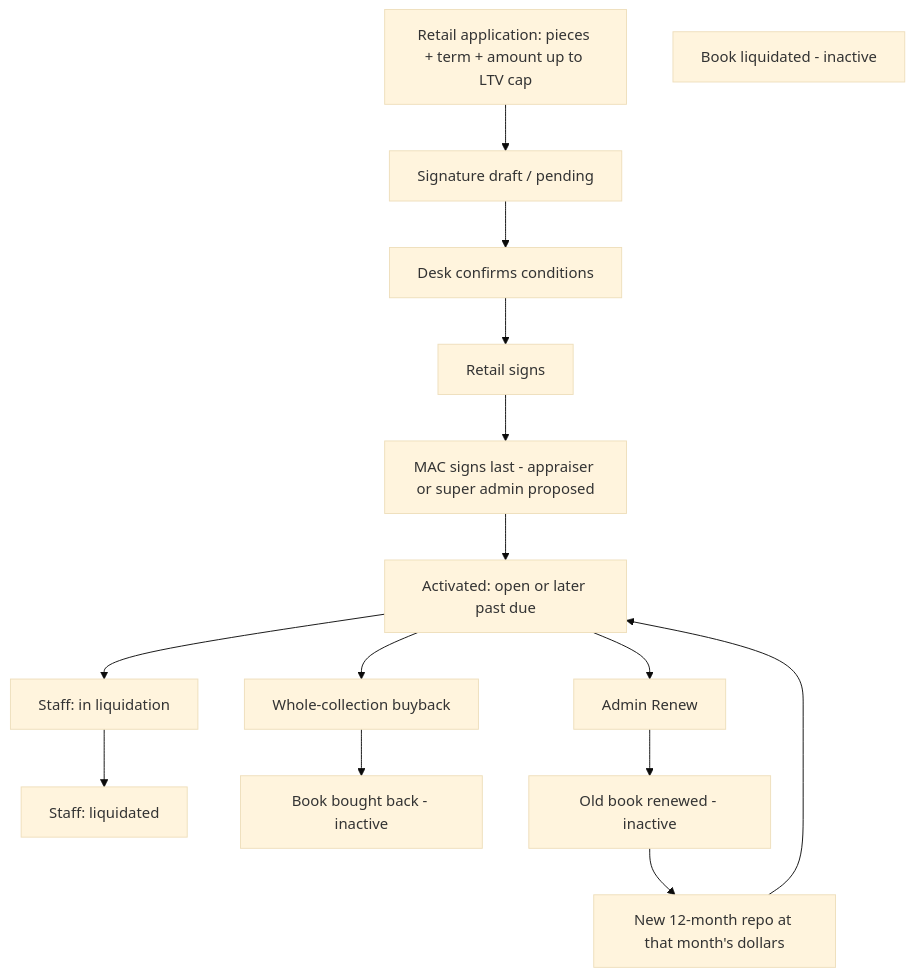
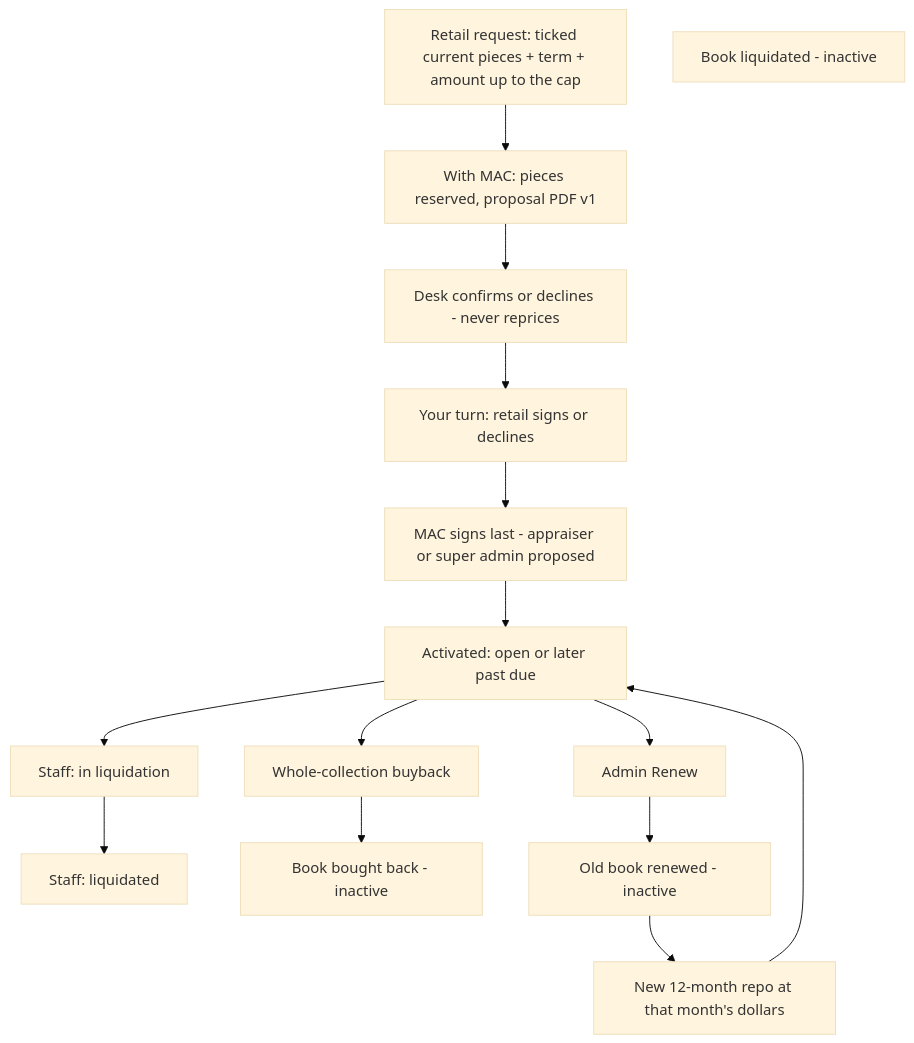
One commit to KIT-Capital/mac-app changed the third of 4 diagrams in docs/workflows.md. Above: the diagram before and after it, drawn with Mermaid (base theme). The commit also changed other lines of this file and 36 other files, not shown here.

First line of the commit message:
Collector Apply sends a request; Desk confirms or declines (#63)

````diff
--- a/docs/workflows.md
+++ b/docs/workflows.md
@@ -108,31 +111,31 @@
 ```mermaid
 flowchart TD
-  apply[Retail application: pieces + term + amount up to LTV cap]
-  draft[Signature draft / pending]
-  checks[Desk confirms conditions]
-  seller[Retail signs]
+  apply[Retail request: ticked current pieces + term + amount up to the cap]
+  draft[With MAC: pieces reserved, proposal PDF v1]
+  checks[Desk confirms or declines - never reprices]
+  seller[Your turn: retail signs or declines]
   mac[MAC signs last - appraiser or super admin proposed]
   active[Activated: open or later past due]
   buy[Whole-collection buyback]
   liqStart[Staff: in liquidation]
   liqDone[Staff: liquidated]
   renew[Admin Renew]
   doneBuy[Book bought back - inactive]
   doneLiq[Book liquidated - inactive]
   doneRen[Old book renewed - inactive]
   newRepo[New 12-month repo at that month's dollars]
 
   apply --> draft
   draft --> checks
   checks --> seller
   seller --> mac
   mac --> active
   active --> buy
   active --> liqStart
   active --> renew
   buy --> doneBuy
   liqStart --> liqDone
   renew --> doneRen
   doneRen --> newRepo
   newRepo --> active
 ```
````
